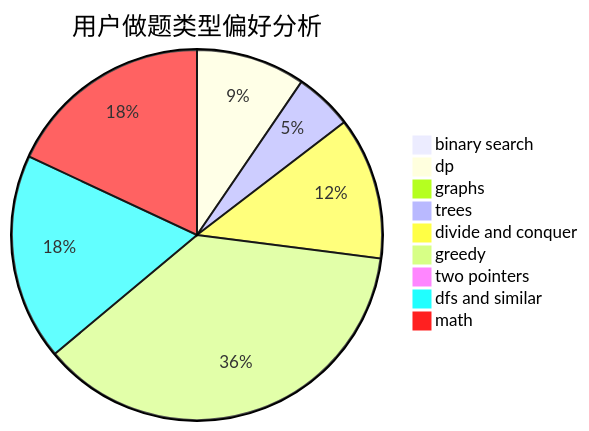
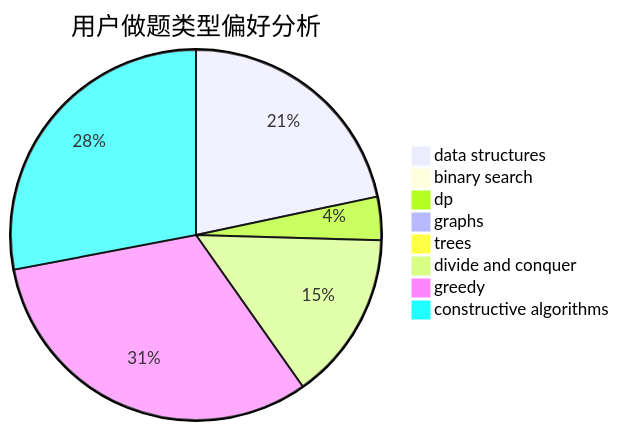
One commit to sherpahu/cfrs.github.io changed the second of 3 diagrams in docs/user/u670.md. Above: the diagram before and after it, drawn with Mermaid. The commit also changed other lines of this file and 2775 other files, not shown here.

````diff
--- a/docs/user/u670.md
+++ b/docs/user/u670.md
@@ -23,12 +23,11 @@
 ```mermaid
 pie title 用户做题类型偏好分析
-    "binary search" :  13
-    "dp" :  141
-    "graphs" :  8
-    "trees" :  75
-    "divide and conquer" :  184
-    "greedy" :  546
-    "two pointers" :  15
-    "dfs and similar" :  267
-    "math" :  267
+    "data structures" :  264
+    "binary search" :  8
+    "dp" :  46
+    "graphs" :  2
+    "trees" :  2
+    "divide and conquer" :  180
+    "greedy" :  387
+    "constructive algorithms" :  341
 ```
````
